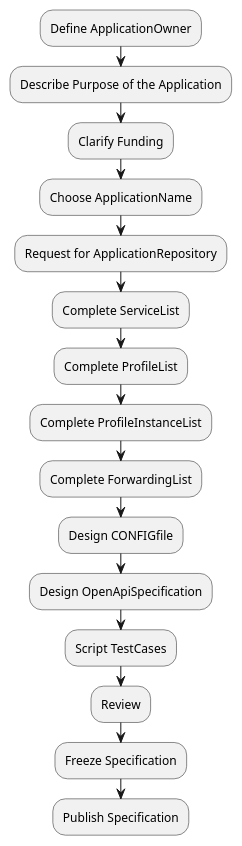
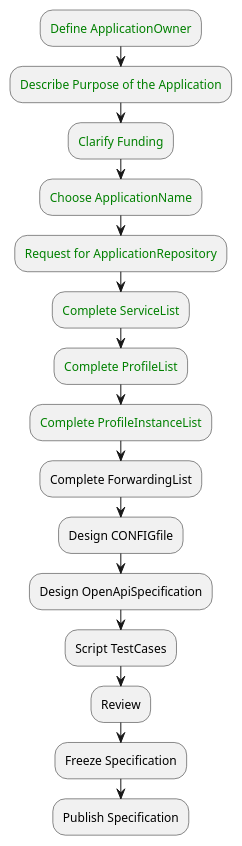
One commit to openBackhaul/ApplicationPattern changed the diagram in doc/SpecifyingApplications/pictures/workflow.plantuml. Above: the diagram before and after it, drawn with PlantUML. The commit also changed 1 other file, not shown here.

Commit message:
Green the existing steps

```diff
--- a/doc/SpecifyingApplications/pictures/workflow.plantuml
+++ b/doc/SpecifyingApplications/pictures/workflow.plantuml
@@ -1,17 +1,17 @@
 @startuml Workflow for Specifying Applications
-:Define ApplicationOwner;
-:Describe Purpose of the Application;
-:Clarify Funding;
-:Choose ApplicationName;
-:Request for ApplicationRepository;
-:Complete ServiceList;
-:Complete ProfileList;
-:Complete ProfileInstanceList;
+:<color:Green>Define ApplicationOwner</color>;
+:<color:Green>Describe Purpose of the Application</color>;
+:<color:Green>Clarify Funding</color>;
+:<color:Green>Choose ApplicationName</color>;
+:<color:Green>Request for ApplicationRepository</color>;
+:<color:Green>Complete ServiceList</color>;
+:<color:Green>Complete ProfileList</color>;
+:<color:Green>Complete ProfileInstanceList</color>;
 :Complete ForwardingList;
 :Design CONFIGfile;
 :Design OpenApiSpecification;
 :Script TestCases;
 :Review;
 :Freeze Specification;
 :Publish Specification;
 @enduml
```
